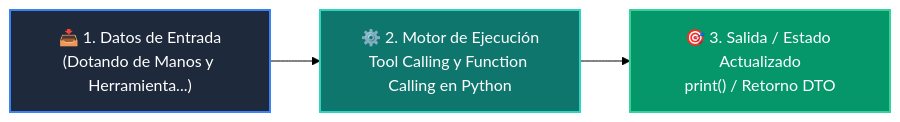
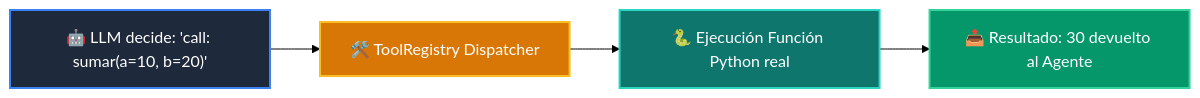
One commit to wisrovi/wisrovi-python changed the diagram in docs/curso-03/clase-04.md. Above: the diagram before and after it, drawn with Mermaid (forest theme). The commit also changed other lines of this file and 52 other files, not shown here.

````diff
--- a/docs/curso-03/clase-04.md
+++ b/docs/curso-03/clase-04.md
@@ -38,9 +37,10 @@
 ```mermaid
 flowchart LR
-    IN["📥 1. Datos de Entrada<br/>(Dotando de Manos y Herramienta...)"] --> ENG["⚙️ 2. Motor de Ejecución<br/>Tool Calling y Function Calling en Python"]
-    ENG --> OUT["🎯 3. Salida / Estado Actualizado<br/>print() / Retorno DTO"]
-
-    style IN fill:#1e293b,color:#ffffff,stroke:#3b82f6,stroke-width:2px
-    style ENG fill:#0f766e,color:#ffffff,stroke:#2dd4bf,stroke-width:2px
-    style OUT fill:#059669,color:#ffffff,stroke:#34d399,stroke-width:2px
+    A["🤖 LLM decide: 'call: sumar(a=10, b=20)'"] --> B["🛠️ ToolRegistry Dispatcher"]
+    B --> C["🐍 Ejecución Función Python real"]
+    C --> D["📤 Resultado: 30 devuelto al Agente"]
+    style A fill:#1e293b,color:#ffffff,stroke:#3b82f6,stroke-width:2px
+    style B fill:#d97706,color:#ffffff,stroke:#fbbf24,stroke-width:2px
+    style C fill:#0f766e,color:#ffffff,stroke:#2dd4bf,stroke-width:2px
+    style D fill:#059669,color:#ffffff,stroke:#34d399,stroke-width:2px
 ```
````
